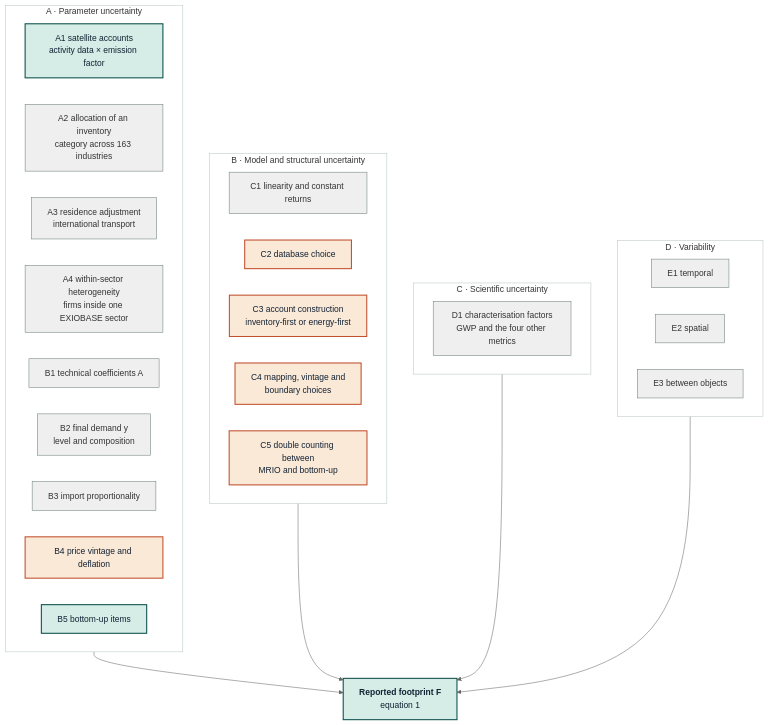
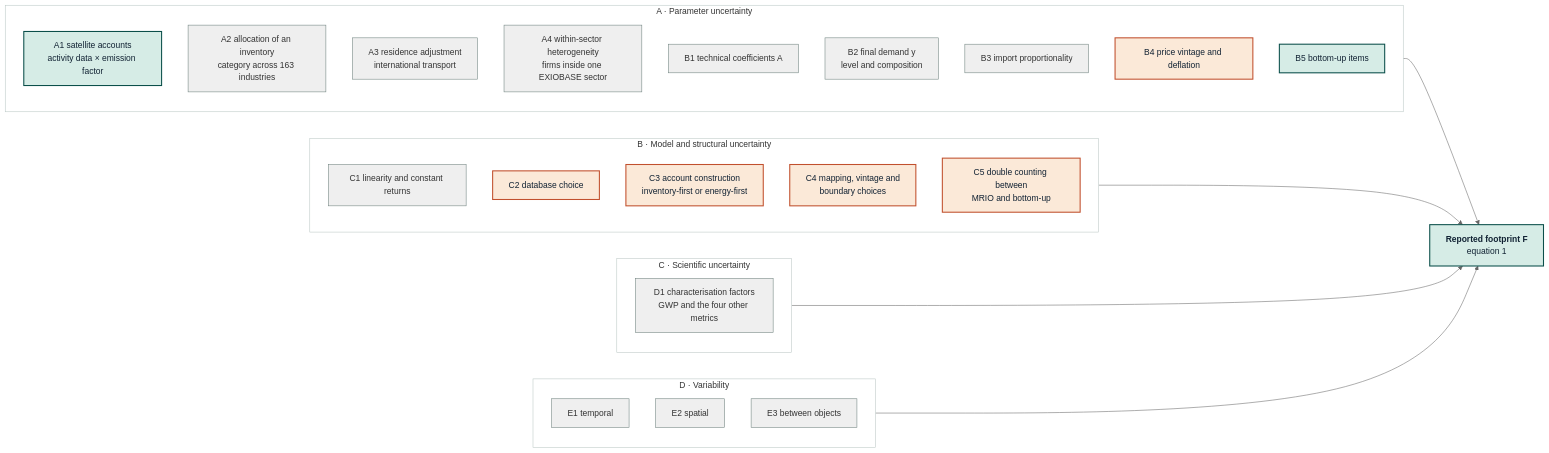
The diagram in docs/revision/uncertainty_sources.md (Ofir2025/envr-footprint-healthcare-Dk2025), drawn with Mermaid (neutral theme) before and after one commit. The commit also changed other lines of this file and 26 other files, not shown here.

````diff
--- a/docs/revision/uncertainty_sources.md
+++ b/docs/revision/uncertainty_sources.md
@@ -44,49 +44,49 @@
 ```mermaid
-flowchart TD
+flowchart LR
     F["<b>Reported footprint F</b><br/>equation 1"]
 
     subgraph P["A · Parameter uncertainty"]
         P1["A1 satellite accounts<br/>activity data × emission factor"]
         P2["A2 allocation of an inventory<br/>category across 163 industries"]
         P3["A3 residence adjustment<br/>international transport"]
         P4["A4 within-sector heterogeneity<br/>firms inside one EXIOBASE sector"]
         P5["B1 technical coefficients A"]
         P6["B2 final demand y<br/>level and composition"]
         P7["B3 import proportionality"]
         P8["B4 price vintage and deflation"]
         P9["B5 bottom-up items"]
     end
 
     subgraph M["B · Model and structural uncertainty"]
         M1["C1 linearity and constant returns"]
         M2["C2 database choice"]
         M3["C3 account construction<br/>inventory-first or energy-first"]
         M4["C4 mapping, vintage and<br/>boundary choices"]
         M5["C5 double counting between<br/>MRIO and bottom-up"]
     end
 
     subgraph S["C · Scientific uncertainty"]
         S1["D1 characterisation factors<br/>GWP and the four other metrics"]
     end
 
     subgraph V["D · Variability"]
         V1["E1 temporal"]
         V2["E2 spatial"]
         V3["E3 between objects"]
     end
 
     P --> F
     M --> F
     S --> F
     V --> F
 
     classDef quant fill:#D6ECE6,stroke:#0B4F4A,stroke-width:2px,color:#123
     classDef scen  fill:#FBE9D8,stroke:#C1502E,stroke-width:2px,color:#123
     classDef named fill:#EFEFEF,stroke:#6B7F7B,stroke-width:1px,color:#333
     classDef band  fill:#FFFFFF,stroke:#B9C6C3,stroke-width:1px,color:#333
     class F quant
     class P1,P9 quant
     class P8,M2,M3,M4,M5 scen
     class P2,P3,P4,P5,P6,P7,M1,S1,V1,V2,V3 named
     class P,M,S,V band
 ```
````
